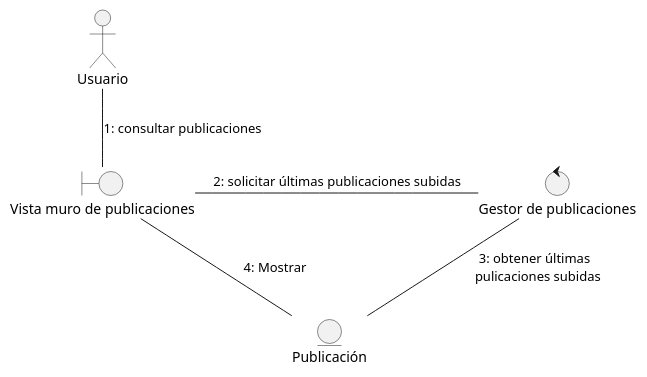
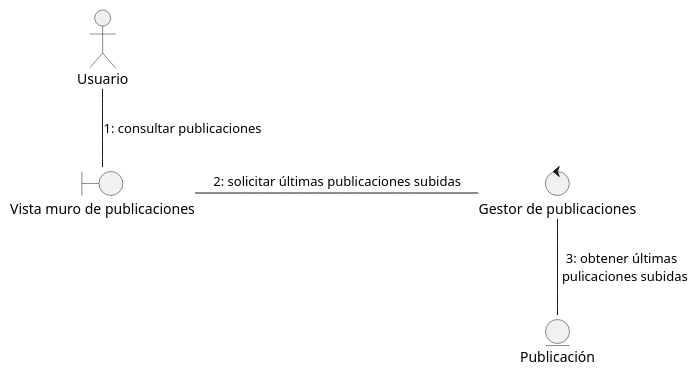
Before and after one commit to Dayannis-07/ING_SOFT: the diagram in docs/scenariosView/collaborationDiagram/useCase-ConsultarPublicaciones.puml, drawn with PlantUML. The commit also changed 2 other files, not shown here.

Commit message:
Analysis class diagram corrections

```diff
--- a/docs/scenariosView/collaborationDiagram/useCase-ConsultarPublicaciones.puml
+++ b/docs/scenariosView/collaborationDiagram/useCase-ConsultarPublicaciones.puml
@@ -1,10 +1,10 @@
 @startuml consultar publicaciones
 actor Usuario
 boundary "Vista muro de publicaciones" as M
 Usuario--M :1: consultar publicaciones
 control "Gestor de publicaciones" as G
 M-r-G :2: solicitar últimas publicaciones subidas
 entity "Publicación" as P
 G--P :3: obtener últimas \n pulicaciones subidas
-P--M :4: Mostrar
+
 @enduml
```
